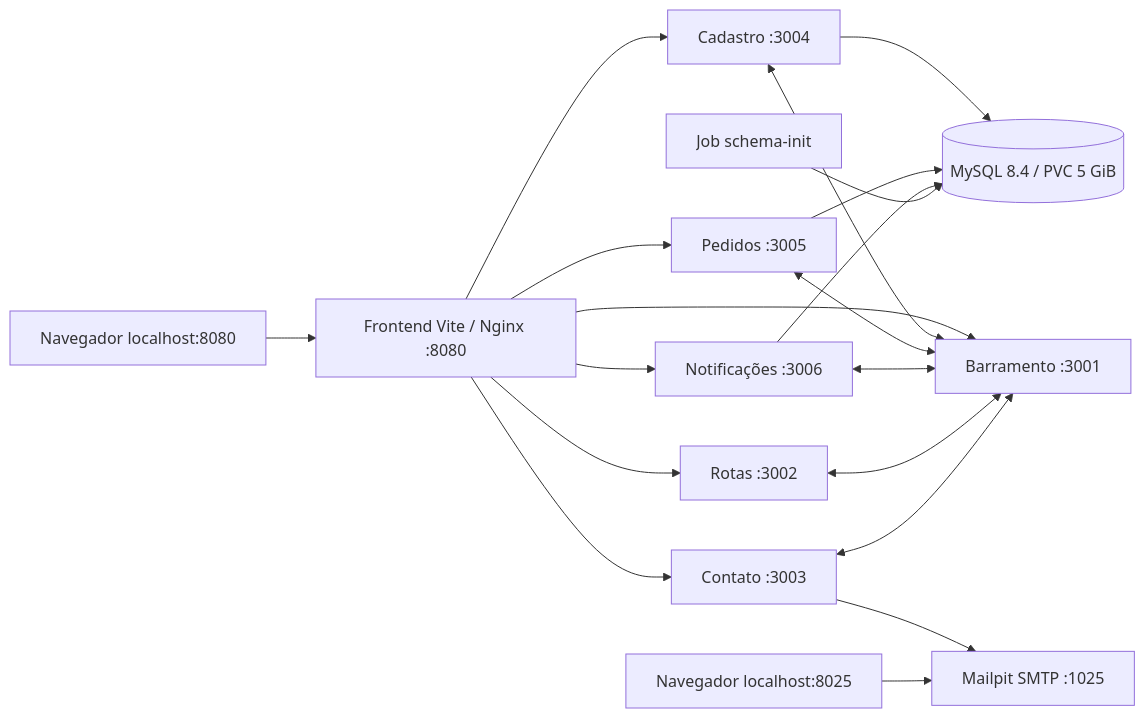
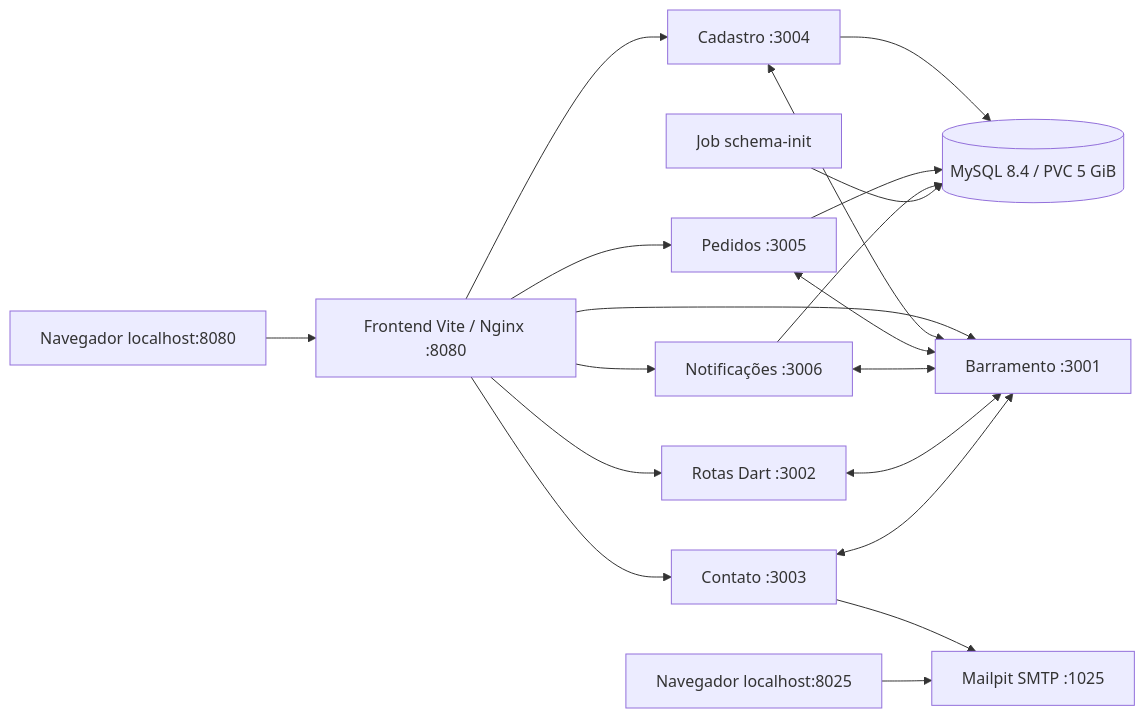
The diagram in docs/infra/kubernetes.md (FFCfelps1/Projeto_Semestral_Entrega_via_drones), drawn with Mermaid before and after one commit. The commit also changed other lines of this file, not shown here.

Commit message:
docs(kubernetes): documenta imagem dart do servico de rotas

````diff
--- a/docs/infra/kubernetes.md
+++ b/docs/infra/kubernetes.md
@@ -52,15 +52,15 @@
 ```mermaid
 flowchart LR
   Browser[Navegador localhost:8080] --> Front[Frontend Vite / Nginx :8080]
   Front --> Auth[Cadastro :3004]
   Front --> Orders[Pedidos :3005]
   Front --> Notifications[Notificações :3006]
-  Front --> Route[Rotas :3002]
+  Front --> Route[Rotas Dart :3002]
   Front --> Email[Contato :3003]
   Front --> Bus[Barramento :3001]
   Auth & Orders & Notifications --> DB[(MySQL 8.4 / PVC 5 GiB)]
   Auth & Orders & Notifications & Route & Email <--> Bus
   Email --> SMTP[Mailpit SMTP :1025]
   MailUI[Navegador localhost:8025] --> SMTP
   Schema[Job schema-init] --> DB
 ```
````
